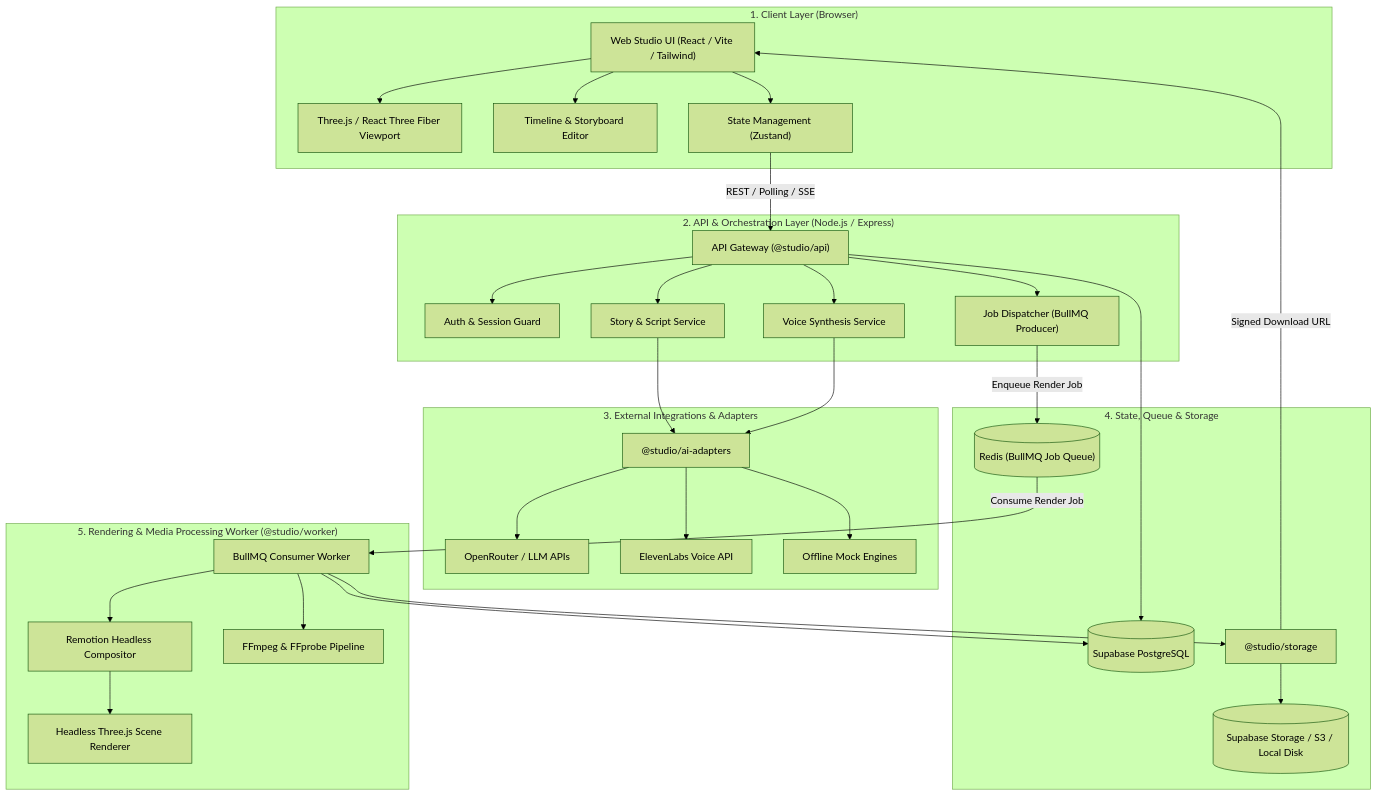
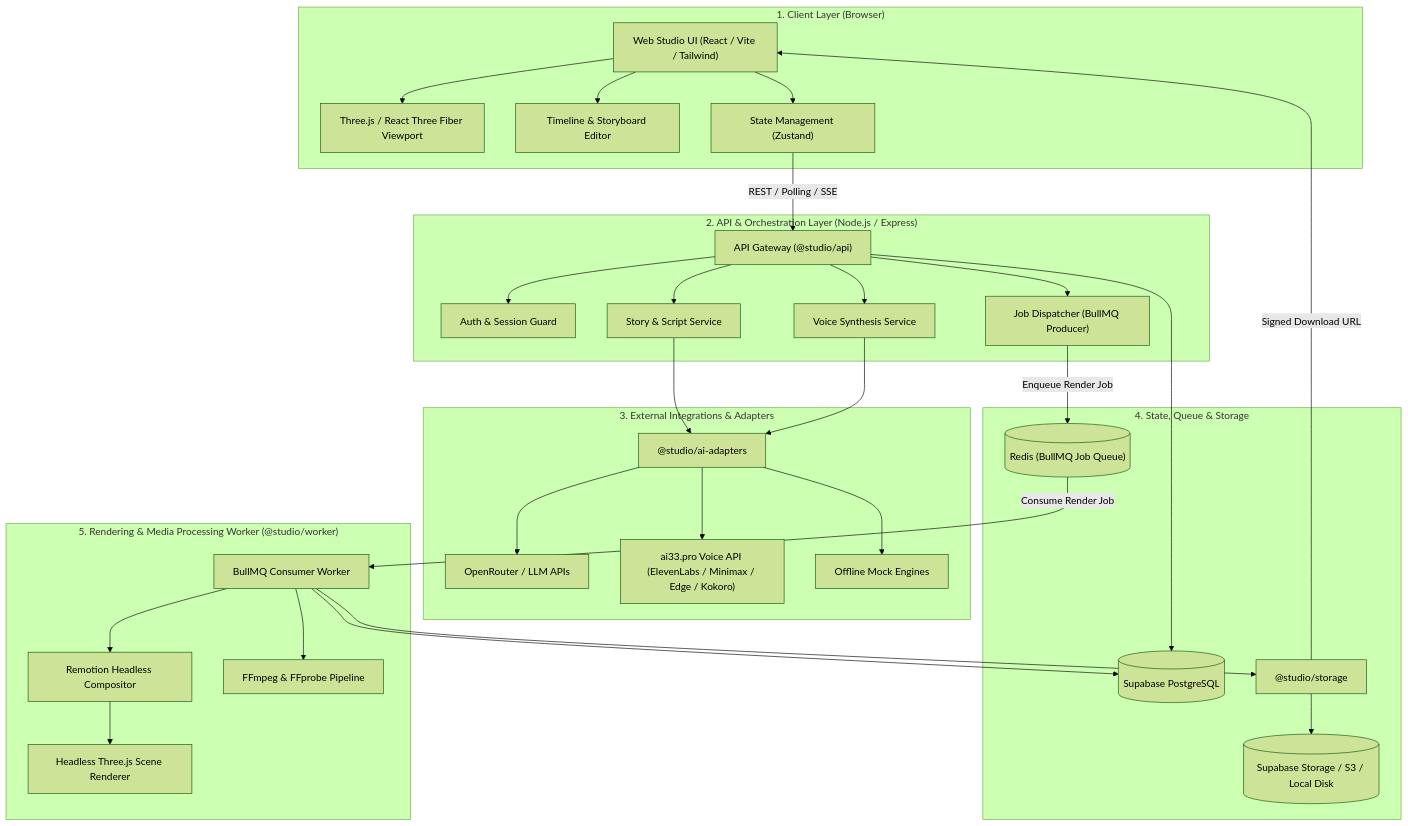
One commit to attunedigitals-source/3d-animated-shorts-studio changed the first of 2 diagrams in docs/ARCHITECTURE.md. Above: the diagram before and after it, drawn with Mermaid (forest theme). The commit also changed other lines of this file and 15 other files, not shown here.

Commit message:
feat(voice): integrate ai33.pro Unified v3 Voice API (TTS, multi-speaker dialogue, voice library, cloning)

````diff
--- a/docs/ARCHITECTURE.md
+++ b/docs/ARCHITECTURE.md
@@ -18,63 +18,63 @@
 ```mermaid
 flowchart TD
     subgraph ClientLayer ["1. Client Layer (Browser)"]
         UI["Web Studio UI (React / Vite / Tailwind)"]
         R3F["Three.js / React Three Fiber Viewport"]
         Timeline["Timeline & Storyboard Editor"]
         State["State Management (Zustand)"]
         UI --> R3F
         UI --> Timeline
         UI --> State
     end
 
     subgraph ApiLayer ["2. API & Orchestration Layer (Node.js / Express)"]
         ApiServer["API Gateway (@studio/api)"]
         AuthGuard["Auth & Session Guard"]
         StoryService["Story & Script Service"]
         VoiceService["Voice Synthesis Service"]
         JobDispatcher["Job Dispatcher (BullMQ Producer)"]
         ApiServer --> AuthGuard
         ApiServer --> StoryService
         ApiServer --> VoiceService
         ApiServer --> JobDispatcher
     end
 
     subgraph ServiceIntegrations ["3. External Integrations & Adapters"]
         AIAdapters["@studio/ai-adapters"]
         OpenRouter["OpenRouter / LLM APIs"]
-        ElevenLabs["ElevenLabs Voice API"]
+        AI33Voice["ai33.pro Voice API (ElevenLabs / Minimax / Edge / Kokoro)"]
         MockEngines["Offline Mock Engines"]
         AIAdapters --> OpenRouter
-        AIAdapters --> ElevenLabs
+        AIAdapters --> AI33Voice
         AIAdapters --> MockEngines
     end
 
     subgraph DataQueueLayer ["4. State, Queue & Storage"]
         SupabaseDB[("Supabase PostgreSQL")]
         RedisQueue[("Redis (BullMQ Job Queue)")]
         StorageAdapter["@studio/storage"]
         ObjectStore[("Supabase Storage / S3 / Local Disk")]
         StorageAdapter --> ObjectStore
     end
 
     subgraph WorkerLayer ["5. Rendering & Media Processing Worker (@studio/worker)"]
         BullMQWorker["BullMQ Consumer Worker"]
         RemotionBundle["Remotion Headless Compositor"]
         Headless3D["Headless Three.js Scene Renderer"]
         FFmpegProc["FFmpeg & FFprobe Pipeline"]
         BullMQWorker --> RemotionBundle
         RemotionBundle --> Headless3D
         BullMQWorker --> FFmpegProc
     end
 
     %% Interactions
     State -- "REST / Polling / SSE" --> ApiServer
     StoryService --> AIAdapters
     VoiceService --> AIAdapters
     ApiServer --> SupabaseDB
     JobDispatcher -- "Enqueue Render Job" --> RedisQueue
     RedisQueue -- "Consume Render Job" --> BullMQWorker
     BullMQWorker --> SupabaseDB
     BullMQWorker --> StorageAdapter
     StorageAdapter -- "Signed Download URL" --> UI
 ```
````
